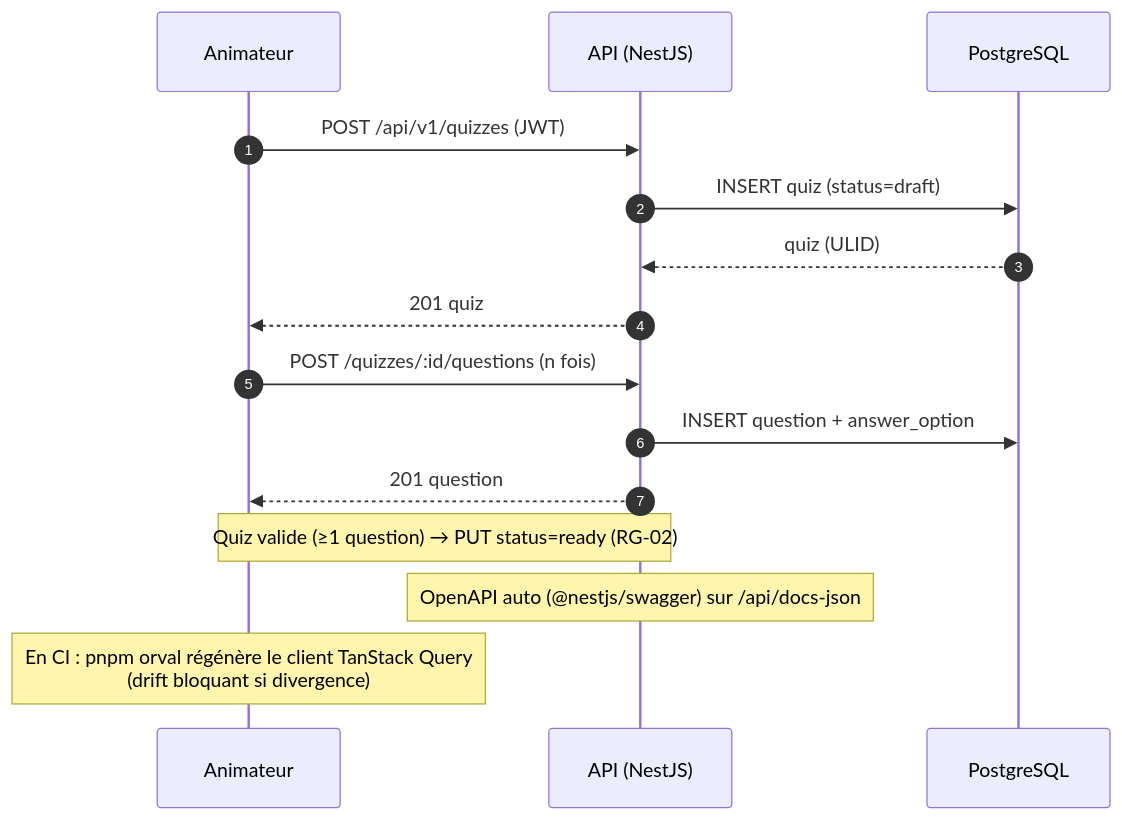
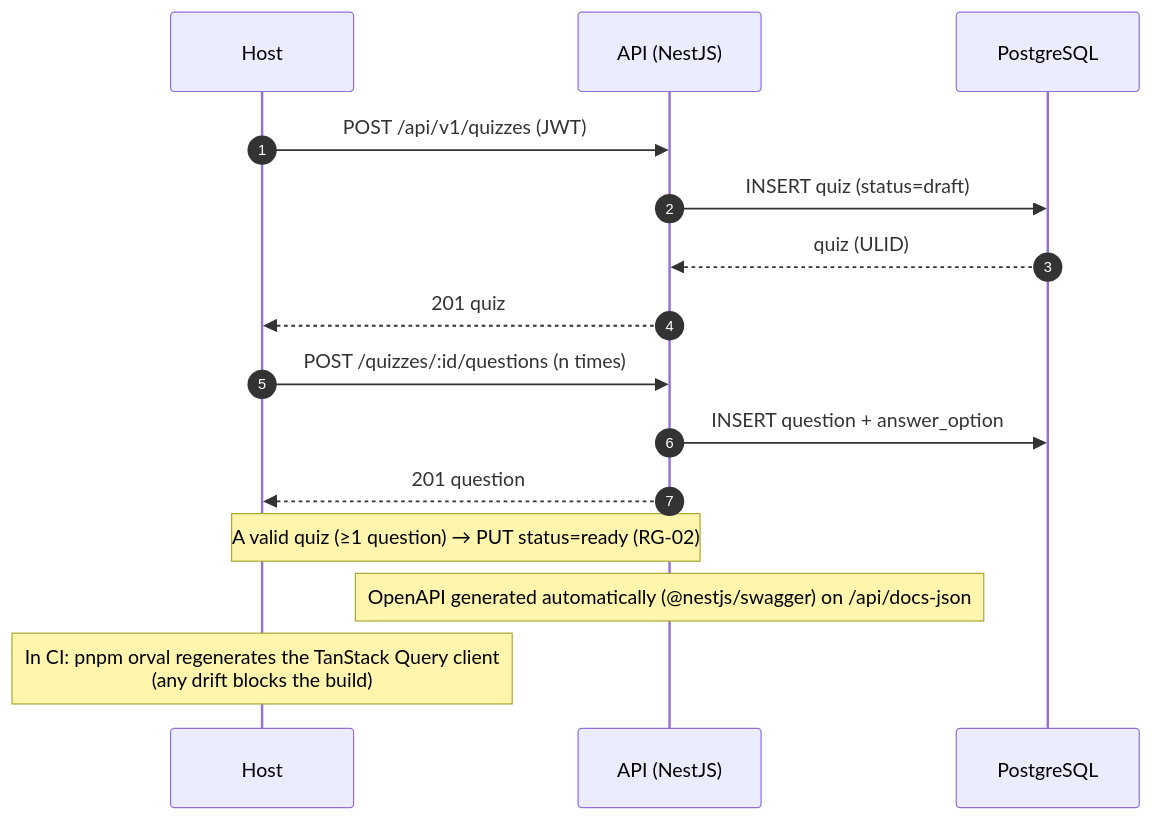
The first of 7 diagrams in specifications/SPECIFICATIONS-SEQUENCES.md (quizdock/quiz-dock), drawn with Mermaid before and after one commit. The commit also changed other lines of this file and 12 other files, not shown here.

````diff
--- a/specifications/SPECIFICATIONS-SEQUENCES.md
+++ b/specifications/SPECIFICATIONS-SEQUENCES.md
@@ -19,17 +19,17 @@
 ```mermaid
 sequenceDiagram
     autonumber
-    participant F as Animateur
+    participant F as Host
     participant API as API (NestJS)
     participant PG as PostgreSQL
     F->>API: POST /api/v1/quizzes (JWT)
     API->>PG: INSERT quiz (status=draft)
     PG-->>API: quiz (ULID)
     API-->>F: 201 quiz
-    F->>API: POST /quizzes/:id/questions (n fois)
+    F->>API: POST /quizzes/:id/questions (n times)
     API->>PG: INSERT question + answer_option
     API-->>F: 201 question
-    Note over F,API: Quiz valide (≥1 question) → PUT status=ready (RG-02)
-    Note over API: OpenAPI auto (@nestjs/swagger) sur /api/docs-json
-    Note over F: En CI : pnpm orval régénère le client TanStack Query<br/>(drift bloquant si divergence)
+    Note over F,API: A valid quiz (≥1 question) → PUT status=ready (RG-02)
+    Note over API: OpenAPI generated automatically (@nestjs/swagger) on /api/docs-json
+    Note over F: In CI: pnpm orval regenerates the TanStack Query client<br/>(any drift blocks the build)
 ```
````
